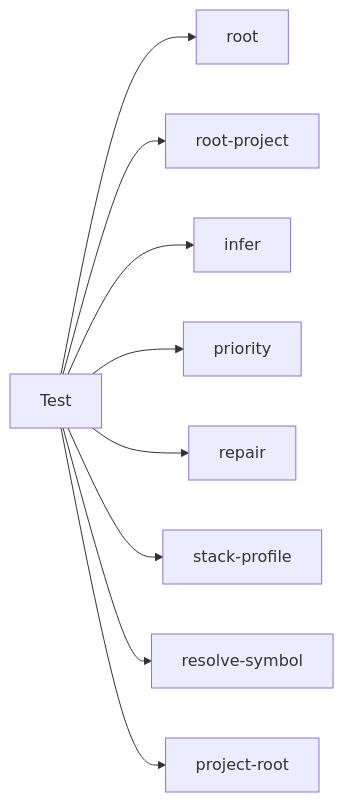
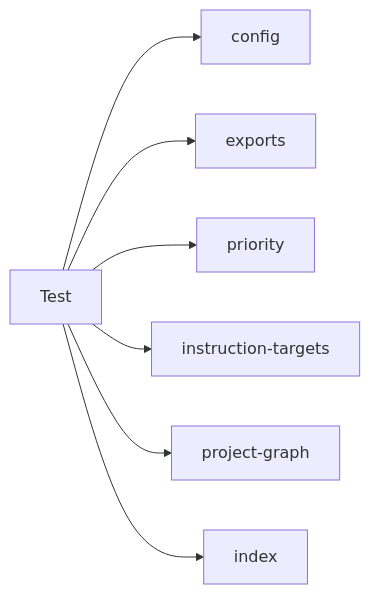
The diagram in .cursor/rules/ctxgraph--test-bundle-p2.mdc (hellhellpnick/context-graph), drawn with Mermaid before and after one commit. The commit also changed other lines of this file and 164 other files, not shown here.

First line of the commit message:
feat: multi-lang extract, symbol resolve, v0.4.0

````diff
--- a/.cursor/rules/ctxgraph--test-bundle-p2.mdc
+++ b/.cursor/rules/ctxgraph--test-bundle-p2.mdc
@@ -20,12 +20,10 @@
 ```mermaid
 graph LR
   Test[Test]
-  Test --> root[root]
-  Test --> root_project[root-project]
-  Test --> infer[infer]
+  Test --> config[config]
+  Test --> exports[exports]
   Test --> priority[priority]
-  Test --> repair[repair]
-  Test --> stack_profile[stack-profile]
-  Test --> resolve_symbol[resolve-symbol]
-  Test --> project_root[project-root]
+  Test --> instruction_targets[instruction-targets]
+  Test --> project_graph[project-graph]
+  Test --> index[index]
 ```
````
